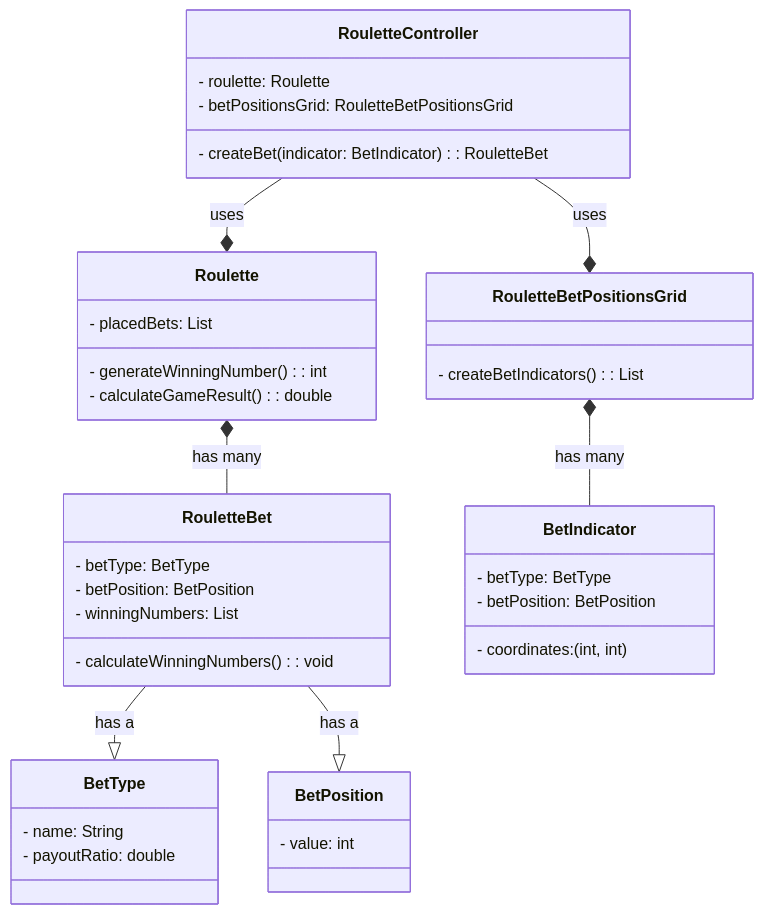
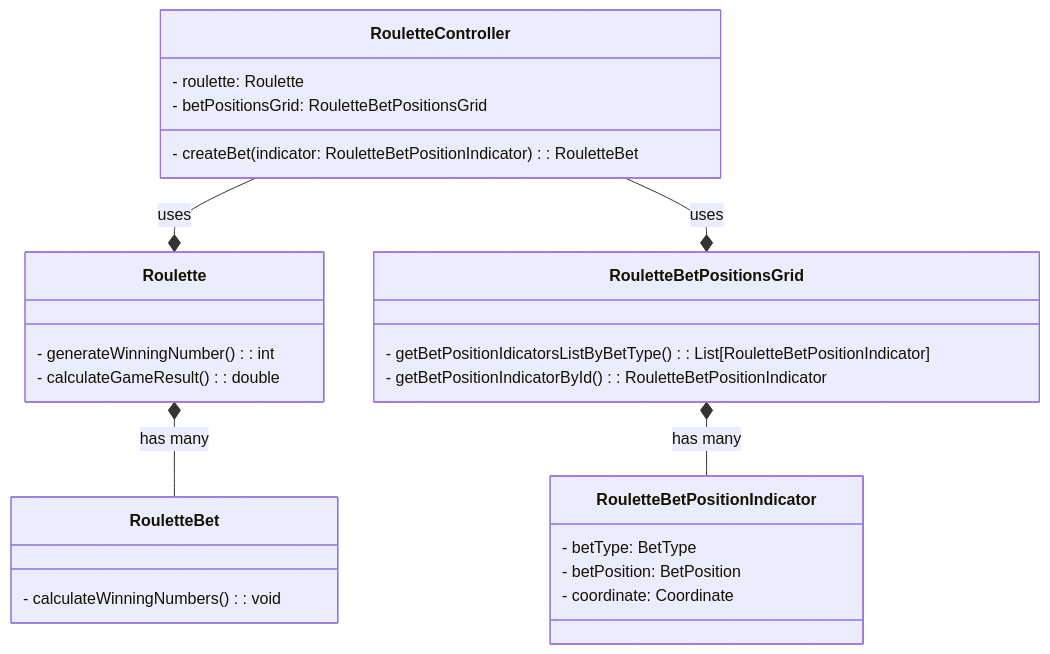
Before and after one commit to MatteoCalvanico/pss23-Calvanico-Monti-Ghinelli-VirtualCasino: the sixth of 8 diagrams in Relazione.md, drawn with Mermaid. The commit also changed other lines of this file, not shown here.

````diff
--- a/Relazione.md
+++ b/Relazione.md
@@ -302,47 +311,33 @@
 ```mermaid
 classDiagram
 class Roulette {
-    - placedBets: List<RouletteBet>
     - generateWinningNumber(): int
     - calculateGameResult(): double
 }
 
 class RouletteBet {
-    - betType: BetType
-    - betPosition: BetPosition
-    - winningNumbers: List<int>
     - calculateWinningNumbers(): void
 }
 
-class BetType {
-    - name: String
-    - payoutRatio: double
+class RouletteBetPositionsGrid {
+    - getBetPositionIdicatorsListByBetType(): List[RouletteBetPositionIndicator]
+    - getBetPositionIndicatorById(): RouletteBetPositionIndicator
 }
 
-class BetPosition {
-    - value: int
-}
-
-class RouletteBetPositionsGrid {
-    - createBetIndicators(): List<BetIndicator>
-}
-
-class BetIndicator {
+class RouletteBetPositionIndicator {
     - betType: BetType
     - betPosition: BetPosition
-    - coordinates: (int, int)
+    - coordinate: Coordinate
 }
 
 class RouletteController {
     - roulette: Roulette
     - betPositionsGrid: RouletteBetPositionsGrid
-    - createBet(indicator: BetIndicator): RouletteBet
+    - createBet(indicator: RouletteBetPositionIndicator): RouletteBet
 }
 
-RouletteBet --|> BetType : has a
-RouletteBet --|> BetPosition : has a
 Roulette *-- RouletteBet : has many
 RouletteController --* Roulette : uses
 RouletteController --* RouletteBetPositionsGrid : uses
-RouletteBetPositionsGrid *-- BetIndicator : has many
+RouletteBetPositionsGrid *-- RouletteBetPositionIndicator : has many
 ```
````
